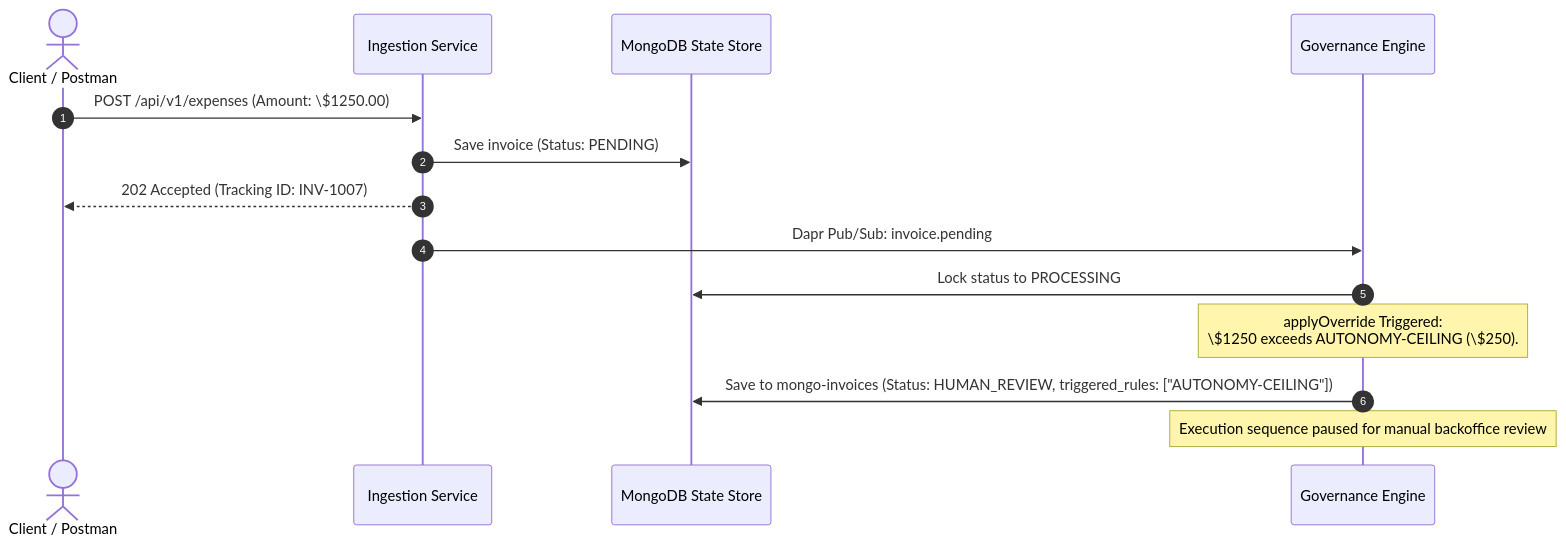
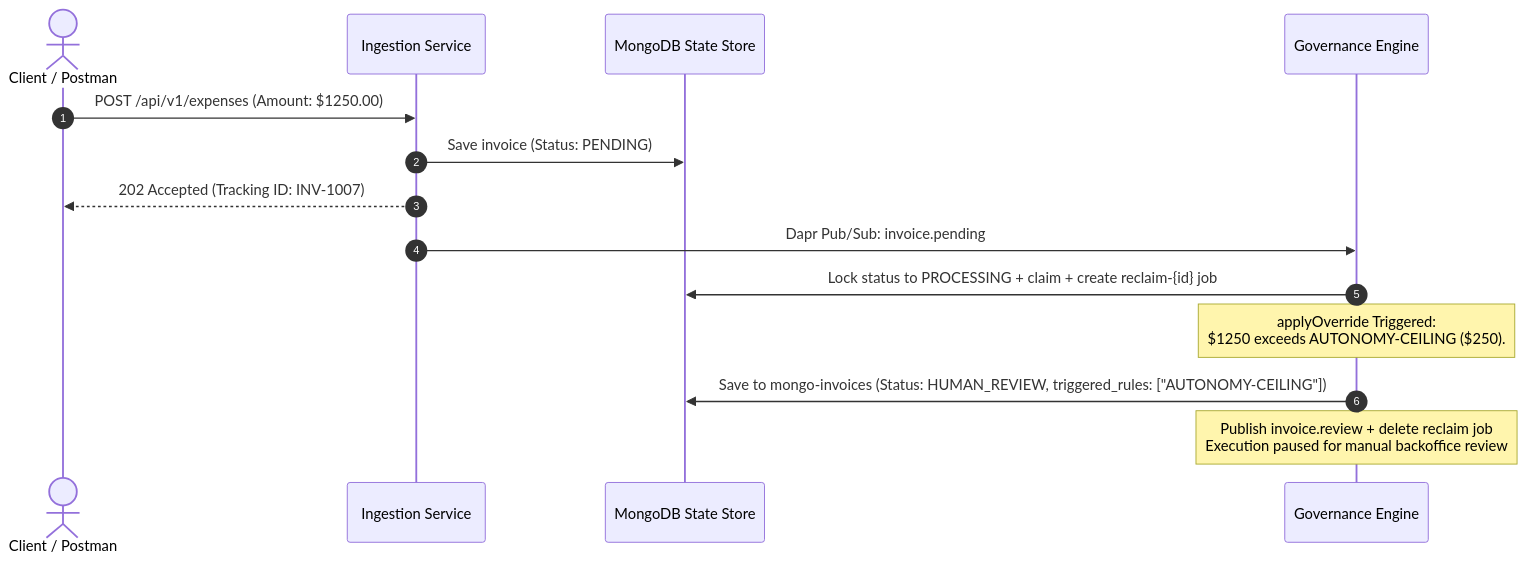
Before and after one commit to roman-shneer/InvoiceApprovalFlow: the third of 5 diagrams in docs/ARCHITECTURE.md, drawn with Mermaid. The commit also changed other lines of this file and 2 other files, not shown here.

````diff
--- a/docs/ARCHITECTURE.md
+++ b/docs/ARCHITECTURE.md
@@ -115,19 +126,19 @@
 ```mermaid
 sequenceDiagram
     autonumber
     actor Client as Client / Postman
     participant IS as Ingestion Service
     participant DB as MongoDB State Store    
     participant GS as Governance Engine
 
-    Client->>IS: POST /api/v1/expenses (Amount: \$1250.00)
+    Client->>IS: POST /api/v1/expenses (Amount: $1250.00)
     IS->>DB: Save invoice (Status: PENDING)
     IS-->>Client: 202 Accepted (Tracking ID: INV-1007)
     
     IS->>GS: Dapr Pub/Sub: invoice.pending
-    GS->>DB: Lock status to PROCESSING
+    GS->>DB: Lock status to PROCESSING + claim + create reclaim-{id} job
     
-    Note over GS: applyOverride Triggered:<br/>\$1250 exceeds AUTONOMY-CEILING (\$250).
+    Note over GS: applyOverride Triggered:<br/>$1250 exceeds AUTONOMY-CEILING ($250).
     GS->>DB: Save to mongo-invoices (Status: HUMAN_REVIEW, triggered_rules: ["AUTONOMY-CEILING"])
-    Note over GS: Execution sequence paused for manual backoffice review
+    Note over GS: Publish invoice.review + delete reclaim job<br/>Execution paused for manual backoffice review
 ```
````
